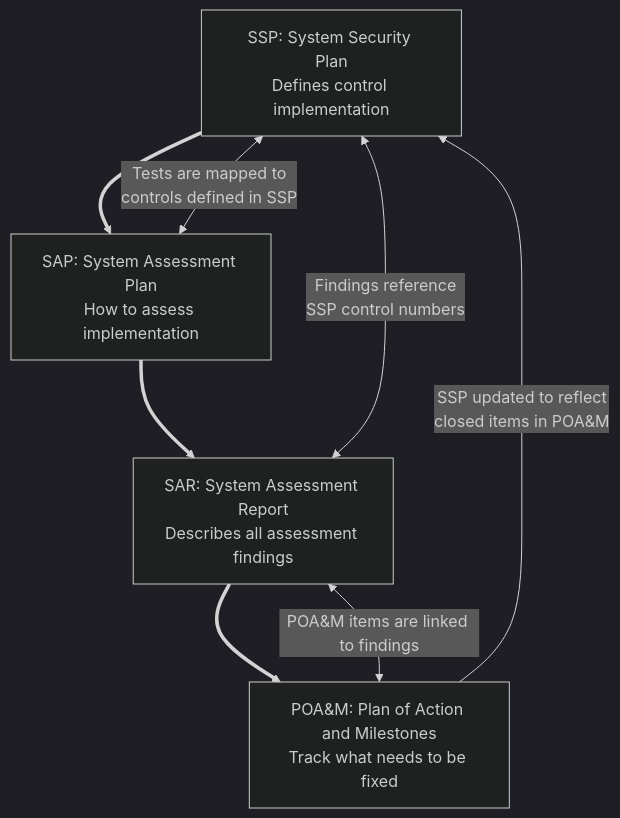
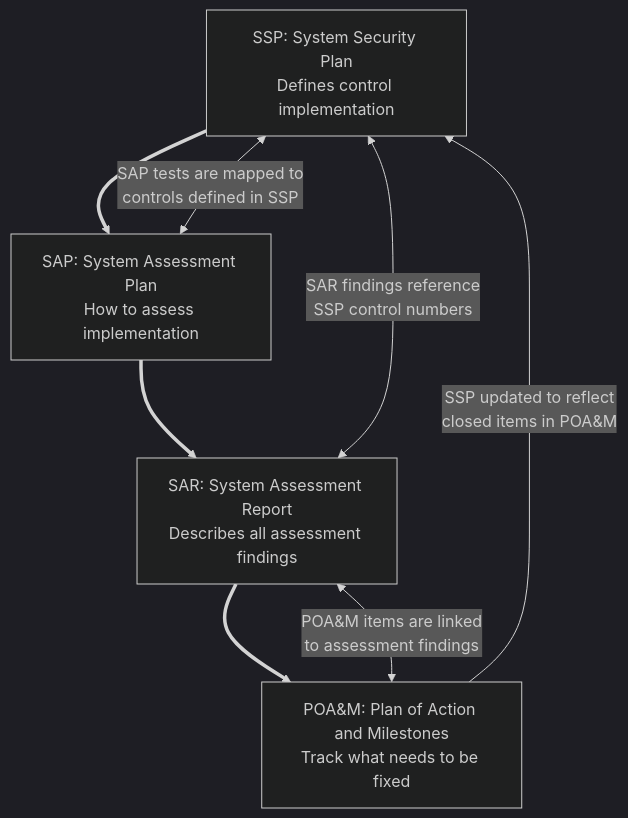
Before and after one commit to WiseGuru/MaxwellCTI: the diagram in src/site/notes/Frameworks, Standards, and Regulations/NIST/NIST Frameworks and SPs Overview.md, drawn with Mermaid (dark theme). The commit also changed 2 other files, not shown here.

Commit message:
Published multiple files

````diff
--- a/src/site/notes/Frameworks, Standards, and Regulations/NIST/NIST Frameworks and SPs Overview.md
+++ b/src/site/notes/Frameworks, Standards, and Regulations/NIST/NIST Frameworks and SPs Overview.md
@@ -65,17 +65,18 @@
 ```mermaid
 flowchart TD
 A["SSP: System Security Plan
 Defines control implementation"] ==> B[SAP: System Assessment Plan
 How to assess implementation]
 B ==> C[SAR: System Assessment Report
 Describes all assessment findings]
 C ==> D[POA&M: Plan of Action and Milestones
 Track what needs to be fixed]
-C <-->|Findings reference
+C <-->|SAR findings reference
 SSP control numbers| A
-D <-->|POA&M items are linked to findings| C
+D <-->|POA&M items are linked
+to assessment findings| C
 D -->|SSP updated to reflect
 closed items in POA&M| A
-B <-->|Tests are mapped to
+B <-->|SAP tests are mapped to
 controls defined in SSP| A
 ```
````
